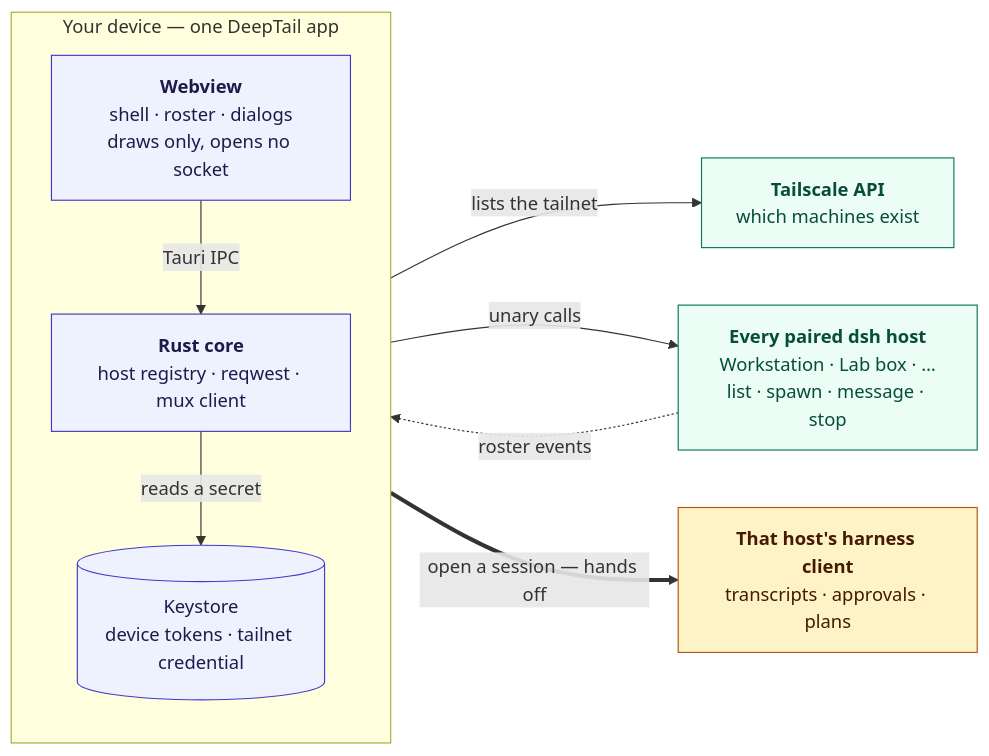
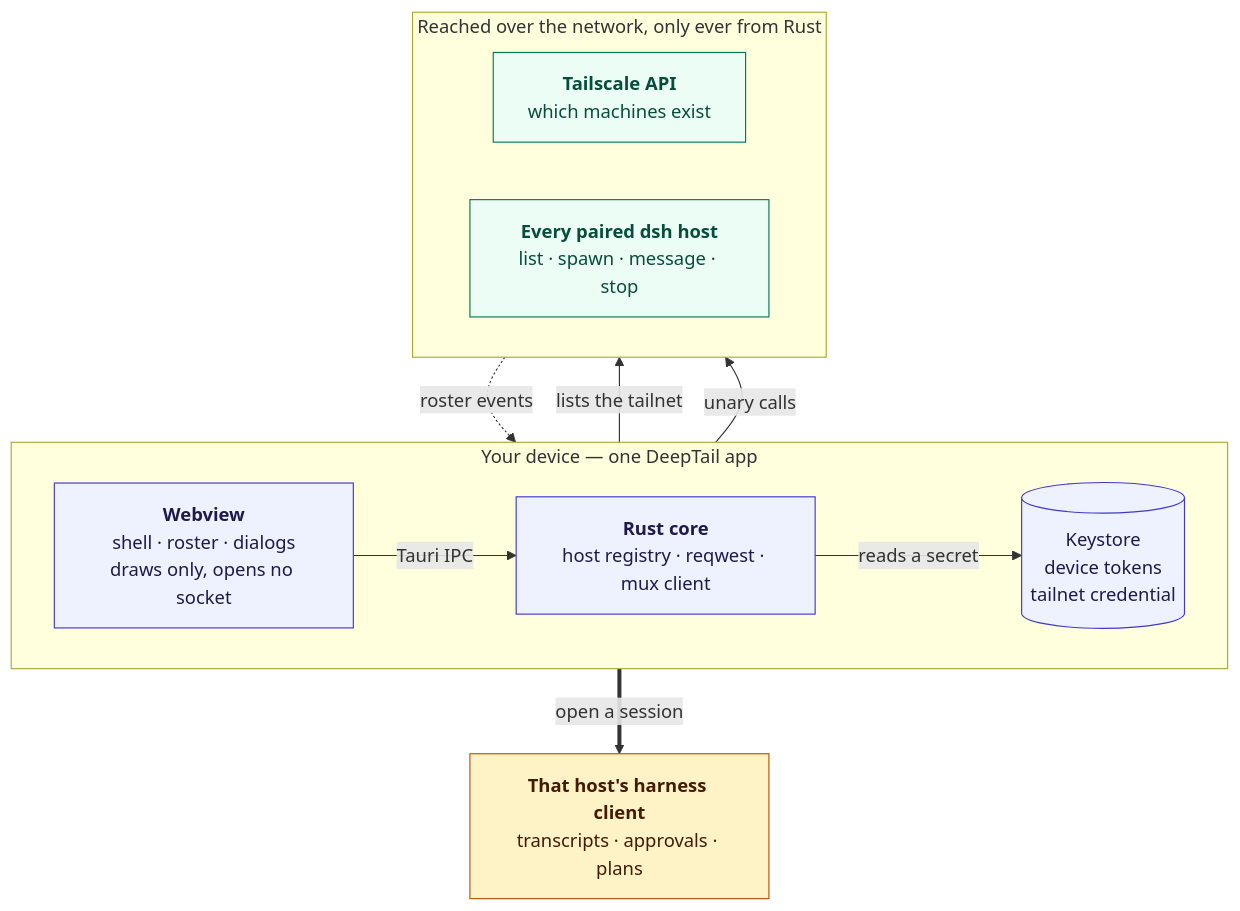
The diagram in README.md (d4551/DeepTail), drawn with Mermaid before and after one commit. The commit also changed other lines of this file, not shown here.

First line of the commit message:
Give the forms a vertical rhythm, centre the radios, and redraw the chart

````diff
--- a/README.md
+++ b/README.md
@@ -46,23 +46,29 @@
 ```mermaid
-flowchart LR
+flowchart TB
   subgraph device["Your device — one DeepTail app"]
-    direction TB
+    direction LR
     ui["<b>Webview</b><br/>shell · roster · dialogs<br/>draws only, opens no socket"]
     rust["<b>Rust core</b><br/>host registry · reqwest · mux client"]
-    store[("Keystore<br/>device tokens · tailnet credential")]
+    store[("Keystore<br/>device tokens<br/>tailnet credential")]
     ui -->|"Tauri IPC"| rust
     rust -->|"reads a secret"| store
   end
 
-  rust -->|"lists the tailnet"| tailscale["<b>Tailscale API</b><br/>which machines exist"]
-  rust -->|"unary calls"| hosts["<b>Every paired dsh host</b><br/>Workstation · Lab box · …<br/>list · spawn · message · stop"]
+  subgraph network["Reached over the network, only ever from Rust"]
+    direction LR
+    tailscale["<b>Tailscale API</b><br/>which machines exist"]
+    hosts["<b>Every paired dsh host</b><br/>list · spawn · message · stop"]
+  end
+
+  rust -->|"lists the tailnet"| tailscale
+  rust -->|"unary calls"| hosts
   hosts -.->|"roster events"| rust
-  ui ==>|"open a session — hands off"| client["<b>That host's harness client</b><br/>transcripts · approvals · plans"]
+  ui ==>|"open a session"| client["<b>That host's harness client</b><br/>transcripts · approvals · plans"]
 
   classDef inside fill:#eef2ff,stroke:#4338ca,color:#1e1b4b
   classDef host fill:#ecfdf5,stroke:#047857,color:#064e3b
   classDef hand fill:#fef3c7,stroke:#b45309,color:#451a03
   class ui,rust,store inside
   class hosts,tailscale host
   class client hand
 ```
````
